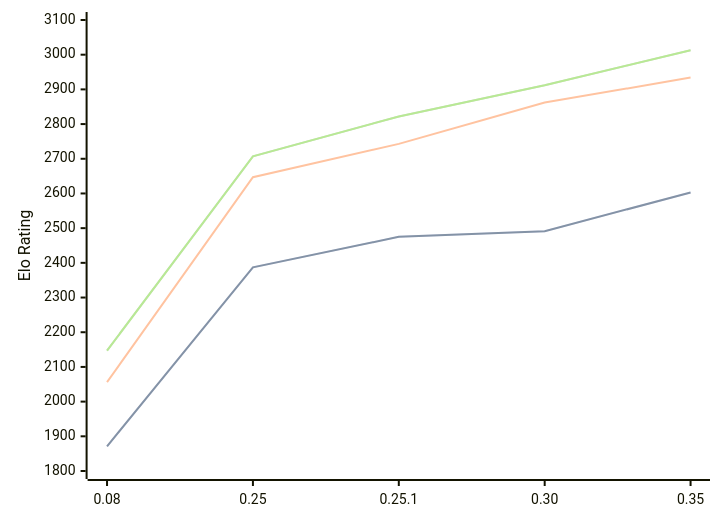
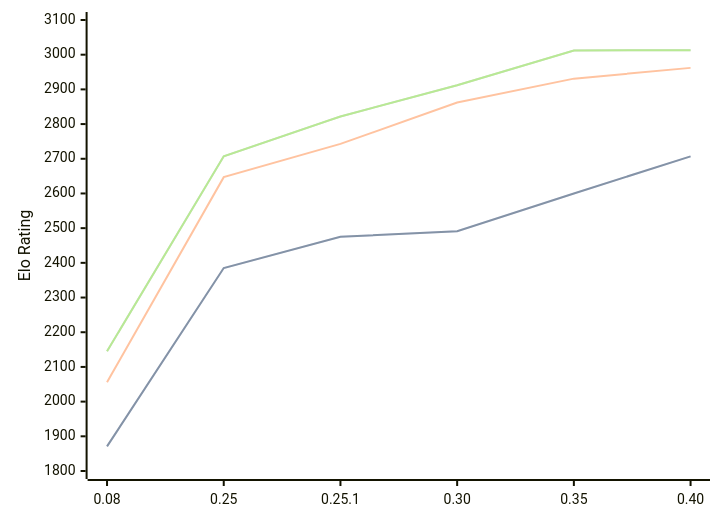
Before and after one commit to computer-chess-index/cci: the diagram in engines/Gecko.md, drawn with Mermaid. The commit also changed other lines of this file, not shown here.

Commit message:
Update CCI Ratings (ELO VLTC) - 2026-06-12

````diff
--- a/engines/Gecko.md
+++ b/engines/Gecko.md
@@ -35,11 +36,11 @@
 ```mermaid
 %%{init: {"theme":"base","themeVariables":{"seriesColors:['#a3a3a3','#222221','#faa371']}}}%%
 xychart-beta
-  x-axis ["0.08", "0.25", "0.25.1", "0.30", "0.35"]
+  x-axis ["0.08", "0.25", "0.25.1", "0.30", "0.35", "0.40"]
   y-axis "Elo Rating" 1800 --> 3100
-  line "STC (8.0+0.08s)" [1871, 2387, 2475, 2491, 2603]
-  line "STC (8.0+0.08s)" [1871, 2387, 2475, 2491, 2603]
-  line "LTC (60.0+0.60s)" [2056, 2647, 2743, 2862, 2934]
-  line "VLTC (2m24s+1.12s)" [2147, 2707, 2822, 2912, 3013]
-  line "VLTC (2m24s+1.12s)" [2147, 2707, 2822, 2912, 3013]
+  line "STC (8.0+0.08s)" [1871, 2385, 2475, 2491, 2600, 2707]
+  line "STC (8.0+0.08s)" [1871, 2385, 2475, 2491, 2600, 2707]
+  line "LTC (60.0+0.60s)" [2056, 2647, 2743, 2862, 2931, 2962]
+  line "VLTC (2m24s+1.12s)" [2145, 2707, 2822, 2912, 3012, 3013]
+  line "VLTC (2m24s+1.12s)" [2145, 2707, 2822, 2912, 3012, 3013]
 ```
````
